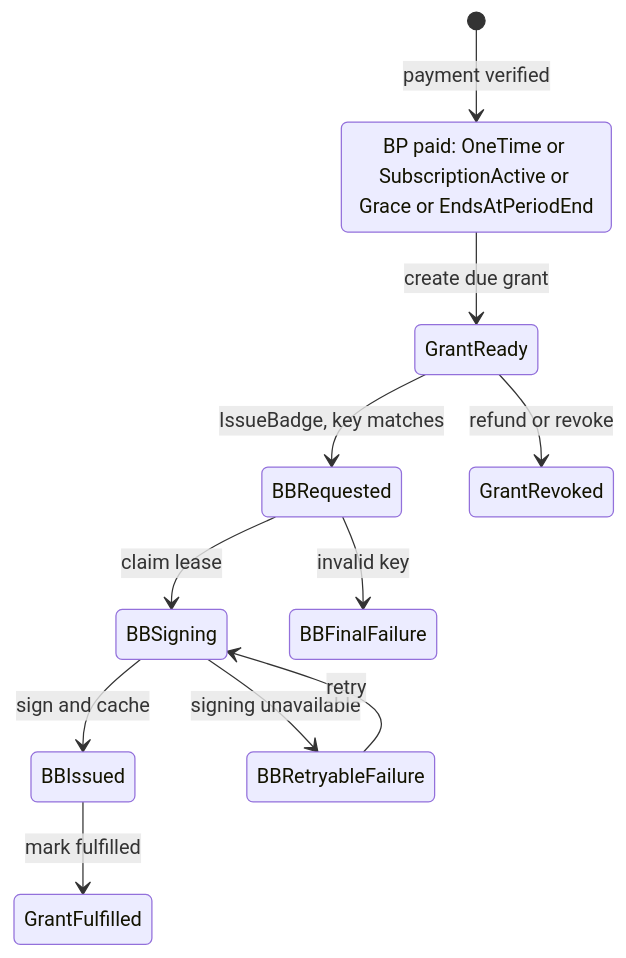
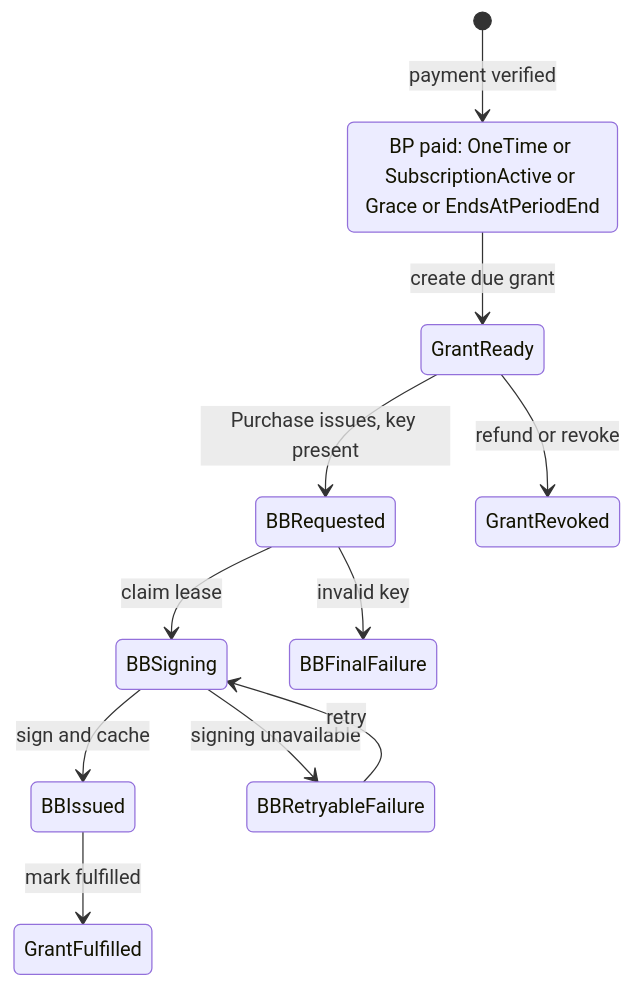
One commit to simplex-chat/simplex-chat changed the third of 11 diagrams in plans/2026-07-20-supporter-badges-v2-implementation.md. Above: the diagram before and after it, drawn with Mermaid. The commit also changed other lines of this file and 3 other files, not shown here.

````diff
--- a/plans/2026-07-20-supporter-badges-v2-implementation.md
+++ b/plans/2026-07-20-supporter-badges-v2-implementation.md
@@ -344,14 +344,14 @@
 ```mermaid
 stateDiagram-v2
   state "BP paid: OneTime or SubscriptionActive or Grace or EndsAtPeriodEnd" as BPpaid
   [*] --> BPpaid: payment verified
   BPpaid --> GrantReady: create due grant
-  GrantReady --> BBRequested: IssueBadge, key matches
+  GrantReady --> BBRequested: Purchase issues, key present
   BBRequested --> BBSigning: claim lease
   BBSigning --> BBIssued: sign and cache
   BBIssued --> GrantFulfilled: mark fulfilled
   BBSigning --> BBRetryableFailure: signing unavailable
   BBRetryableFailure --> BBSigning: retry
   BBRequested --> BBFinalFailure: invalid key
   GrantReady --> GrantRevoked: refund or revoke
 ```
````
